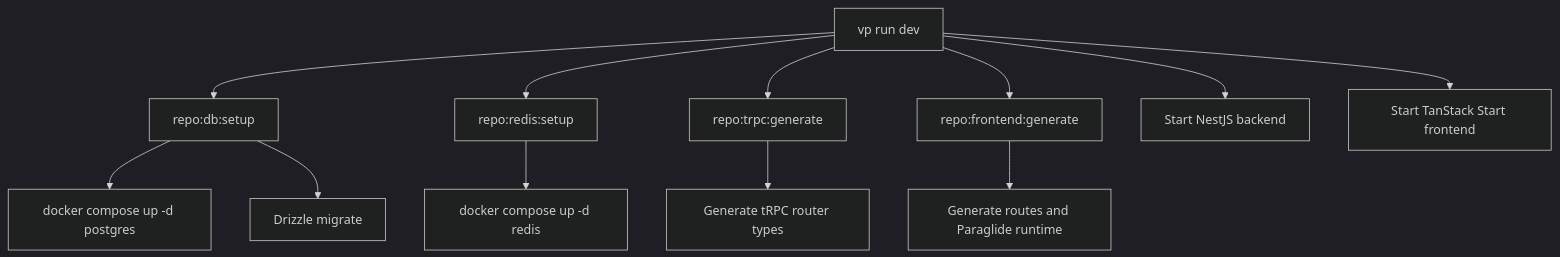
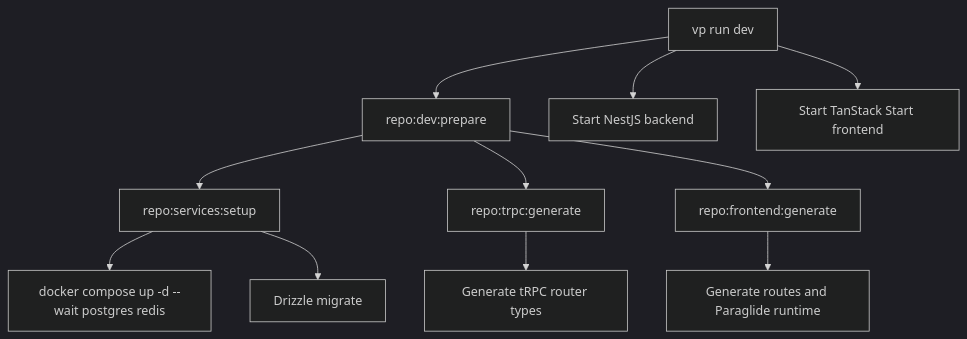
The diagram in docs/DEVELOPMENT.md (DidiWalakutty/Transcendence), drawn with Mermaid (dark theme) before and after one commit. The commit also changed other lines of this file and 6 other files, not shown here.

````diff
--- a/docs/DEVELOPMENT.md
+++ b/docs/DEVELOPMENT.md
@@ -57,27 +57,25 @@
 ```mermaid
 flowchart TD
     A["vp run dev"]
-    B["repo:db:setup"]
-    C["repo:redis:setup"]
+    P["repo:dev:prepare"]
+    B["repo:services:setup"]
     D["repo:trpc:generate"]
     E["repo:frontend:generate"]
-    F["docker compose up -d postgres"]
-    G["docker compose up -d redis"]
+    F["docker compose up -d --wait postgres redis"]
     H["Drizzle migrate"]
     I["Generate tRPC router types"]
     J["Generate routes and Paraglide runtime"]
     K["Start NestJS backend"]
     L["Start TanStack Start frontend"]
 
-    A --> B
-    A --> C
-    A --> D
-    A --> E
+    A --> P
+    P --> B
+    P --> D
+    P --> E
     B --> F
     B --> H
-    C --> G
     D --> I
     E --> J
     A --> K
     A --> L
 ```
````
